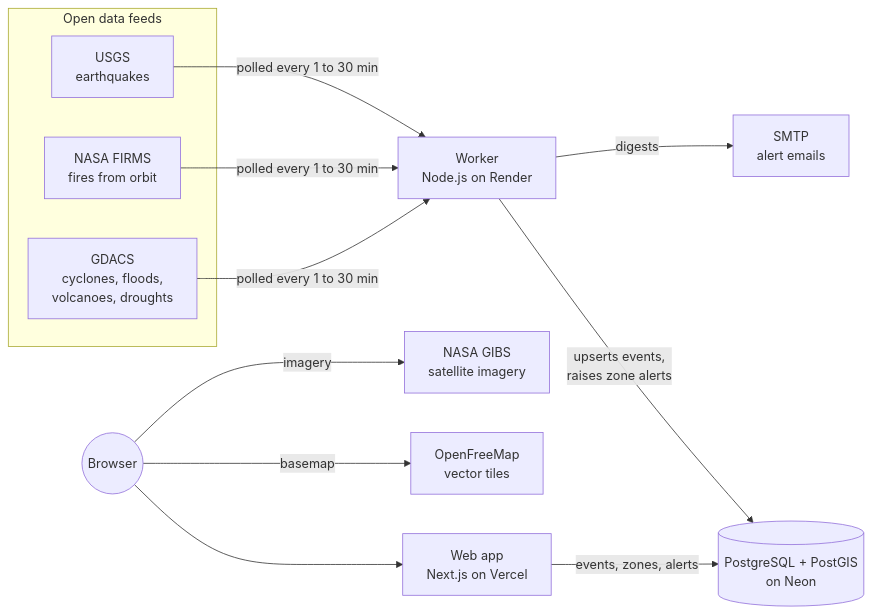
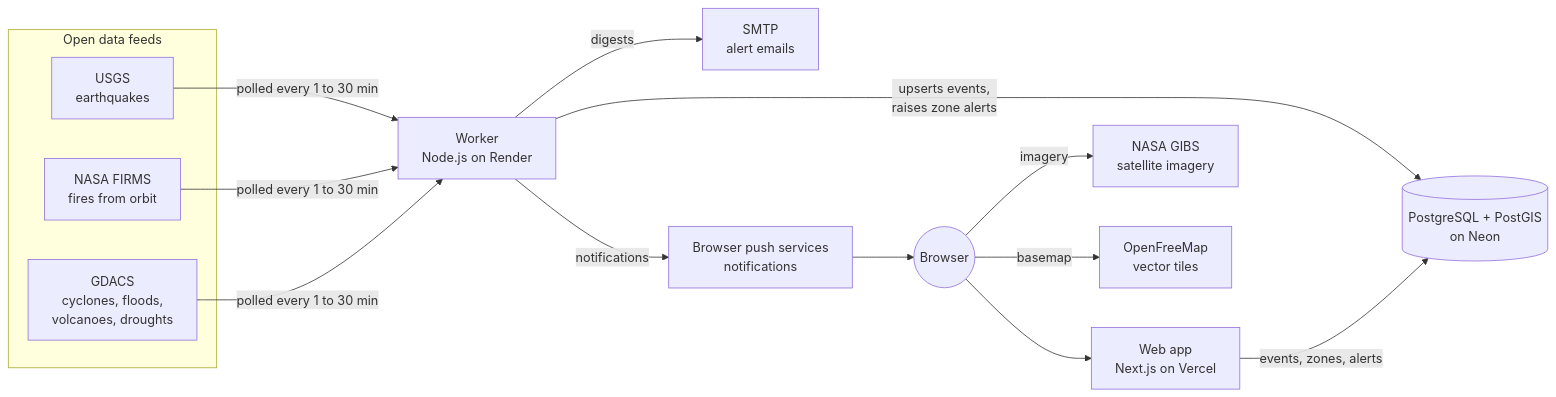
The diagram in README.md (HIRATRA/hazardwatch), drawn with Mermaid before and after one commit. The commit also changed other lines of this file and 6 other files, not shown here.

Commit message:
docs: explain push notifications and how to set them up

````diff
--- a/README.md
+++ b/README.md
@@ -108,24 +110,27 @@
 ```mermaid
 flowchart LR
     subgraph feeds ["Open data feeds"]
         usgs["USGS<br/>earthquakes"]
         firms["NASA FIRMS<br/>fires from orbit"]
         gdacs["GDACS<br/>cyclones, floods,<br/>volcanoes, droughts"]
     end
 
     worker["Worker<br/>Node.js on Render"]
     db[("PostgreSQL + PostGIS<br/>on Neon")]
     web["Web app<br/>Next.js on Vercel"]
     smtp["SMTP<br/>alert emails"]
+    push["Browser push services<br/>notifications"]
     browser(("Browser"))
     gibs["NASA GIBS<br/>satellite imagery"]
     tiles["OpenFreeMap<br/>vector tiles"]
 
     usgs & firms & gdacs -- "polled every 1 to 30 min" --> worker
     worker -- "upserts events,<br/>raises zone alerts" --> db
     worker -- "digests" --> smtp
+    worker -- "notifications" --> push
+    push --> browser
     web -- "events, zones, alerts" --> db
     browser --> web
     browser -- "basemap" --> tiles
     browser -- "imagery" --> gibs
 ```
````
